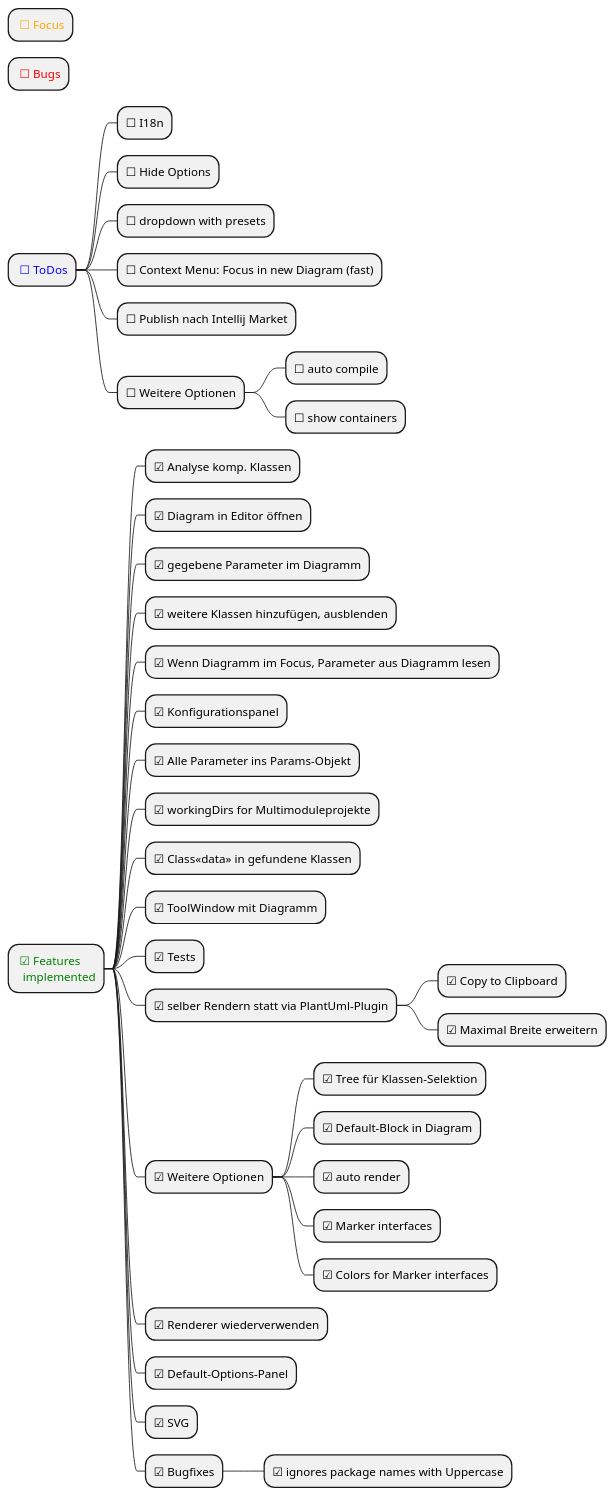
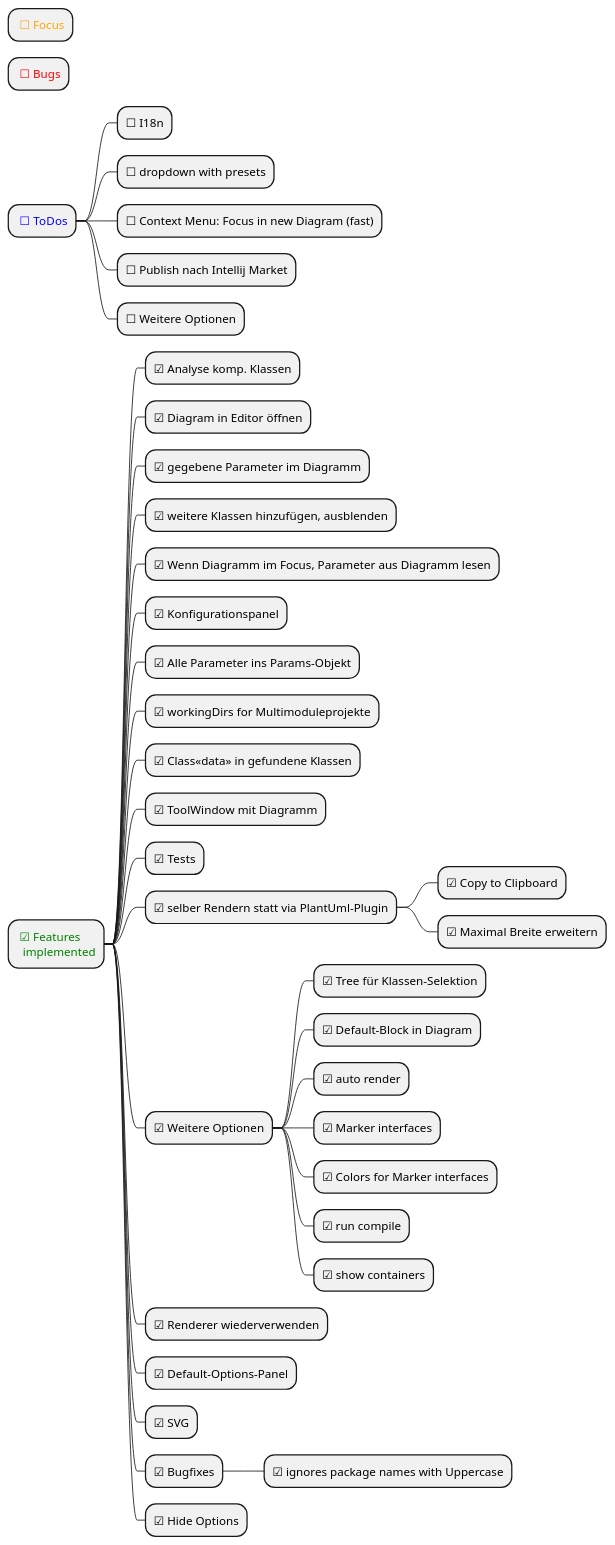
The diagram in docs/DevGuideRail.puml (MrDolch/plantarch-intellij-plugin), drawn with PlantUML before and after one commit. The commit also changed 9 other files, not shown here.

```diff
--- a/docs/DevGuideRail.puml
+++ b/docs/DevGuideRail.puml
@@ -1,46 +1,47 @@
 @startmindmap
 skinparam monochrome false
 
 * <color:orange> ☐ Focus
 
 * <color:red> ☐ Bugs
 
 * <color:blue> ☐ ToDos
 ** ☐ I18n
-** ☐ Hide Options
 ** ☐ dropdown with presets
 ** ☐ Context Menu: Focus in new Diagram (fast)
 ** ☐ Publish nach Intellij Market
 ** ☐ Weitere Optionen
-*** ☐ auto compile
-*** ☐ show containers
 
 
 * <color:green> ☑ Features\n <color:green> implemented
 ** ☑ Analyse komp. Klassen
 ** ☑ Diagram in Editor öffnen
 ** ☑ gegebene Parameter im Diagramm
 ** ☑ weitere Klassen hinzufügen, ausblenden
 ** ☑ Wenn Diagramm im Focus, Parameter aus Diagramm lesen
 ** ☑ Konfigurationspanel
 ** ☑ Alle Parameter ins Params-Objekt
 ** ☑ workingDirs for Multimoduleprojekte
 ** ☑ Class<<data>> in gefundene Klassen
 ** ☑ ToolWindow mit Diagramm
 ** ☑ Tests
 ** ☑ selber Rendern statt via PlantUml-Plugin
 *** ☑ Copy to Clipboard
 *** ☑ Maximal Breite erweitern
 ** ☑ Weitere Optionen
 *** ☑ Tree für Klassen-Selektion
 *** ☑ Default-Block in Diagram
 *** ☑ auto render
 *** ☑ Marker interfaces
 *** ☑ Colors for Marker interfaces
+*** ☑ run compile
+*** ☑ show containers
 ** ☑ Renderer wiederverwenden
 ** ☑ Default-Options-Panel
 ** ☑ SVG
 ** ☑ Bugfixes
 *** ☑ ignores package names with Uppercase
+** ☑ Hide Options
+
 
 @endmindmap
```
